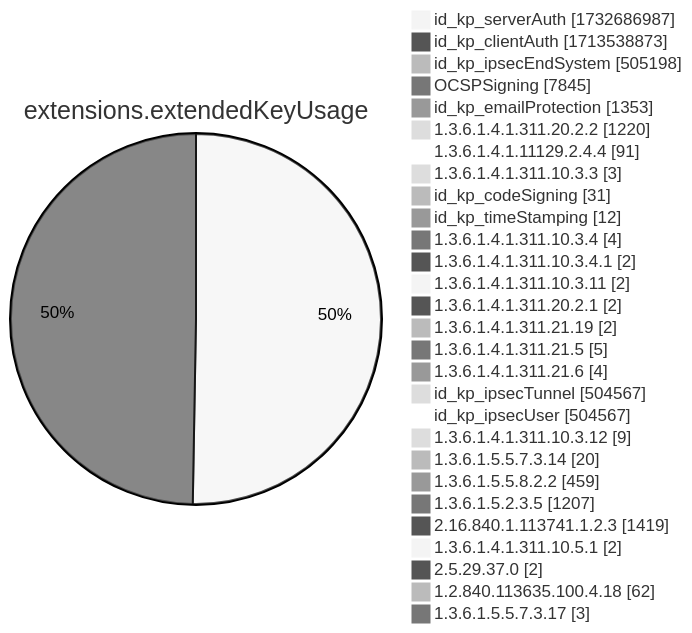
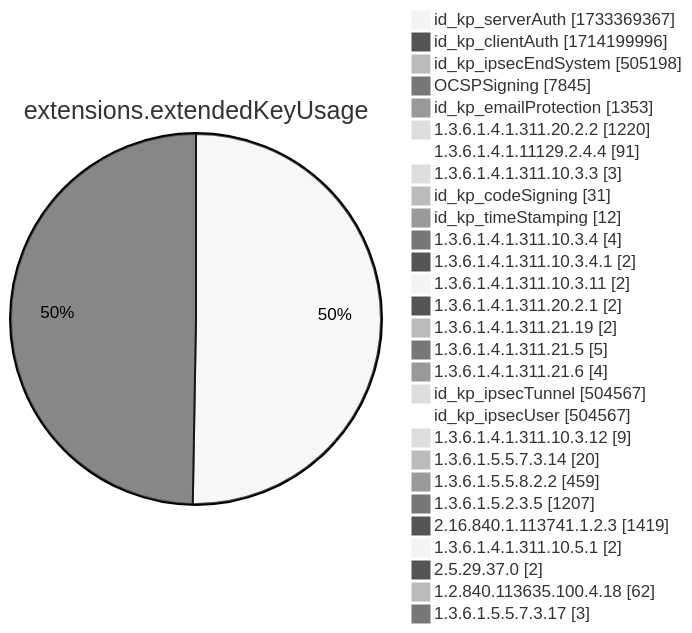
Before and after one commit to christiankrug/ctmonitor_visualization: diagram 12 of 15 in xenon2022/README.md, drawn with Mermaid (neutral theme). The commit also changed other lines of this file, not shown here.

````diff
--- a/xenon2022/README.md
+++ b/xenon2022/README.md
@@ -3890,32 +3890,32 @@
 ```mermaid
 pie showData
 title extensions.extendedKeyUsage
-"id_kp_serverAuth" :1732686987
-"id_kp_clientAuth" :1713538873
+"id_kp_serverAuth" :1733369367
+"id_kp_clientAuth" :1714199996
 "id_kp_ipsecEndSystem" :505198
 "OCSPSigning" :7845
 "id_kp_emailProtection" :1353
 "1.3.6.1.4.1.311.20.2.2" :1220
 "1.3.6.1.4.1.11129.2.4.4" :91
 "1.3.6.1.4.1.311.10.3.3" :3
 "id_kp_codeSigning" :31
 "id_kp_timeStamping" :12
 "1.3.6.1.4.1.311.10.3.4" :4
 "1.3.6.1.4.1.311.10.3.4.1" :2
 "1.3.6.1.4.1.311.10.3.11" :2
 "1.3.6.1.4.1.311.20.2.1" :2
 "1.3.6.1.4.1.311.21.19" :2
 "1.3.6.1.4.1.311.21.5" :5
 "1.3.6.1.4.1.311.21.6" :4
 "id_kp_ipsecTunnel" :504567
 "id_kp_ipsecUser" :504567
 "1.3.6.1.4.1.311.10.3.12" :9
 "1.3.6.1.5.5.7.3.14" :20
 "1.3.6.1.5.5.8.2.2" :459
 "1.3.6.1.5.2.3.5" :1207
 "2.16.840.1.113741.1.2.3" :1419
 "1.3.6.1.4.1.311.10.5.1" :2
 "2.5.29.37.0" :2
 "1.2.840.113635.100.4.18" :62
 "1.3.6.1.5.5.7.3.17" :3
 ```
````
